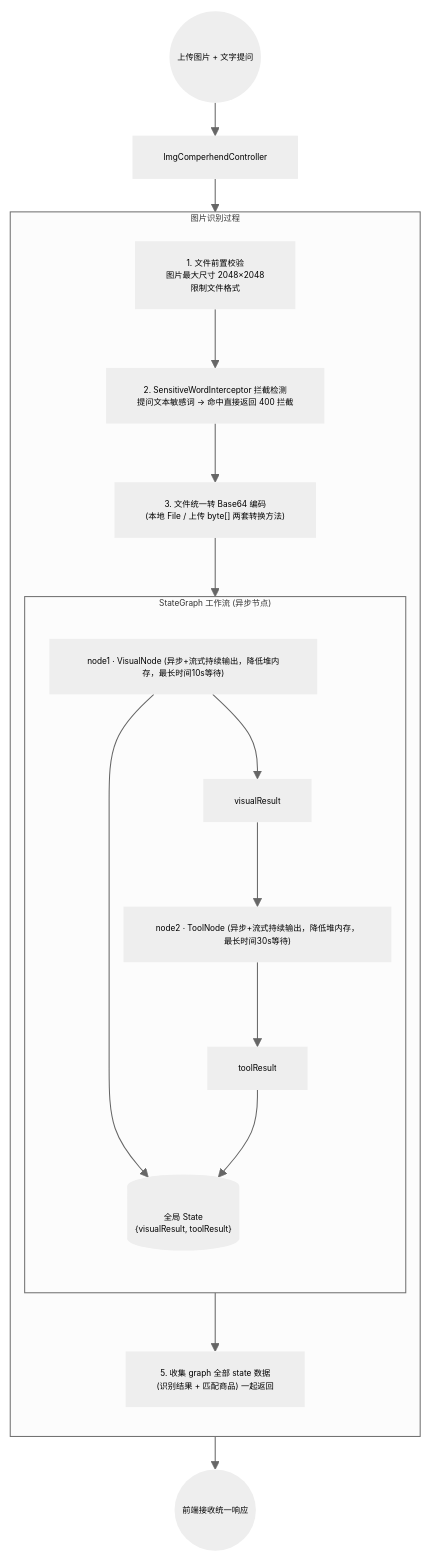
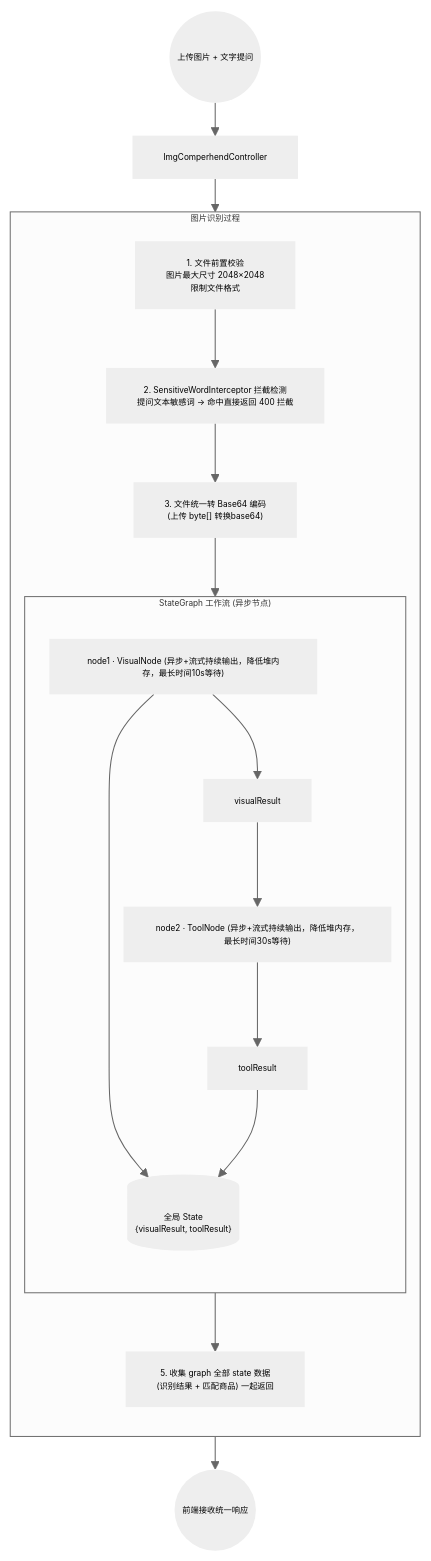
Before and after one commit to 1reaikeyi/flowerpayment-ai: the fifth of 6 diagrams in README.md, drawn with Mermaid. The commit also changed other lines of this file and 16 other files, not shown here.

Commit message:
admin/flowerdetail完成，使用rsdis缓存+mysql协作

````diff
--- a/README.md
+++ b/README.md
@@ -364,32 +364,32 @@
 ```mermaid
 %%{init: {'theme':'neutral','themeVariables':{'fontSize':'8px','nodeBorder':'2px'},'flowchart':{'nodeSpacing':8,'rankSpacing':32,'useMaxWidth':false,'curve':'basis'}}}%%
 flowchart TD
     Start(("上传图片 + 文字提问"))
     C["ImgComperhendController"]
 
     subgraph CHAIN ["图片识别过程"]
         direction TB
         S1["1. 文件前置校验<br/>图片最大尺寸 2048×2048<br/>限制文件格式"]
         S2["2. SensitiveWordInterceptor 拦截检测<br/>提问文本敏感词 → 命中直接返回 400 拦截"]
-        S3["3. 文件统一转 Base64 编码<br/>(本地 File / 上传 byte[] 两套转换方法)"]
+        S3["3. 文件统一转 Base64 编码<br/>(上传 byte[] 转换base64)"]
 
         subgraph GRAPH ["StateGraph 工作流 (异步节点)"]
             direction TB
             node1["node1 · VisualNode (异步+流式持续输出，降低堆内存，最长时间10s等待)<br/>"]
             visualResult["visualResult"]
             node2["node2 · ToolNode (异步+流式持续输出，降低堆内存，最长时间30s等待)<br/>"]
             toolResult["toolResult"]
             ST[("全局 State<br/>{visualResult, toolResult}")]
         end
 
         S5["5. 收集 graph 全部 state 数据<br/>(识别结果 + 匹配商品) 一起返回"]
     end
 
     End(("前端接收统一响应"))
 
     Start --> C --> S1 --> S2 --> S3
     S3 --> node1 --> ST
     node1 --> visualResult --> node2
     node2 --> toolResult -->ST
     ST --> S5 --> End
 ```
````
